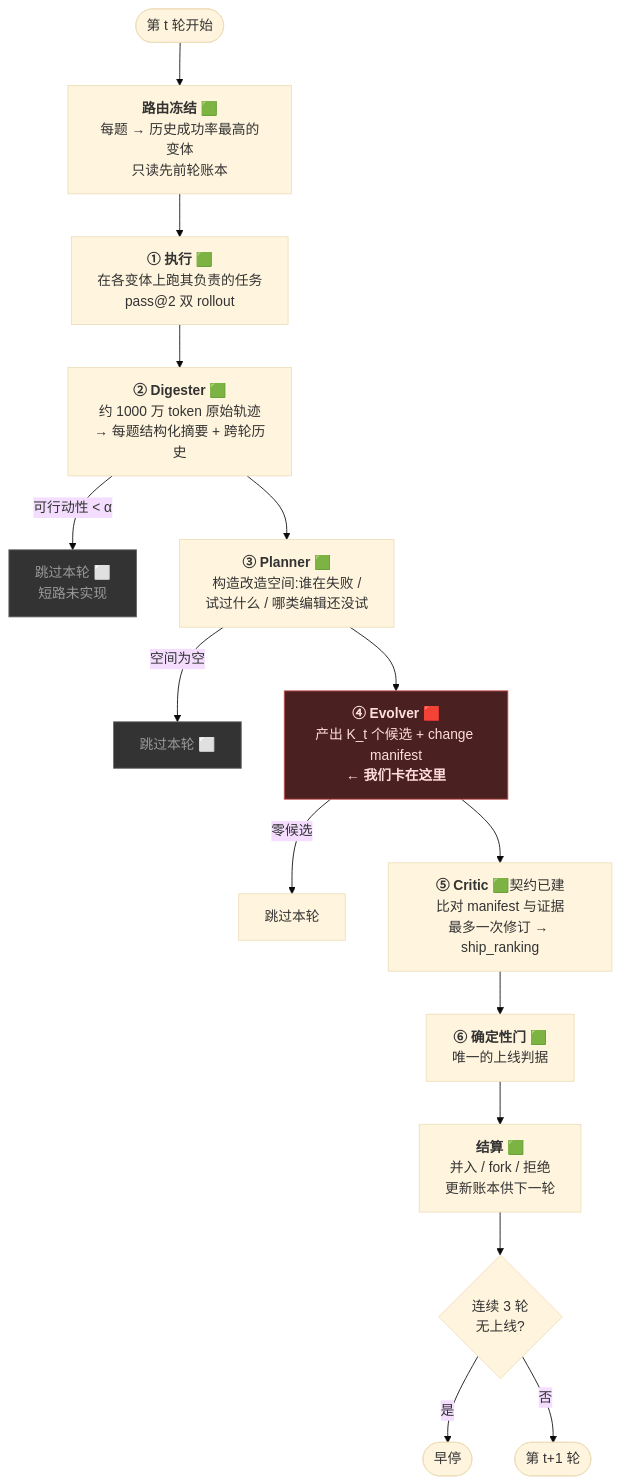
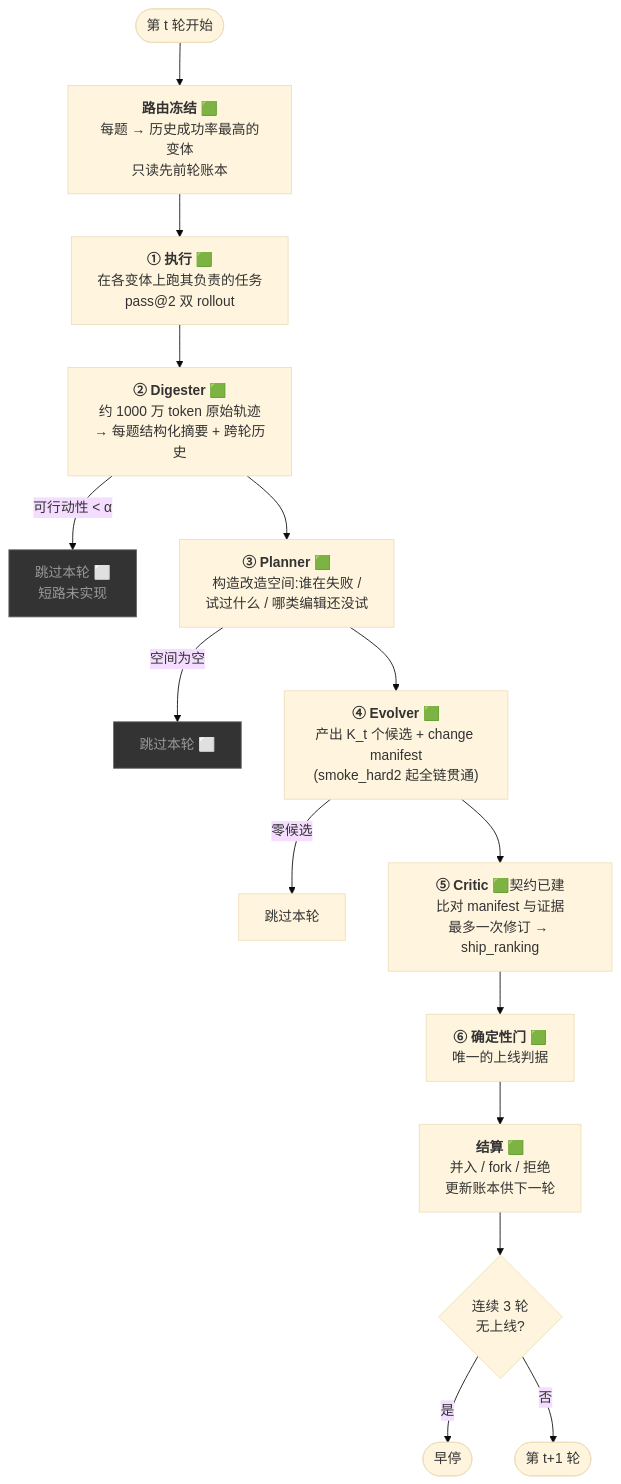
One commit to GaryGAO2003/HarnessX changed the first of 3 diagrams in experiments/docs/AEGIS-ARCHITECTURE.md. Above: the diagram before and after it, drawn with Mermaid (base theme). The commit also changed other lines of this file, not shown here.

First line of the commit message:
docs: smoke_hard2 milestone — candidate chain fully live, breakpoint moved to budget calibration

````diff
--- a/experiments/docs/AEGIS-ARCHITECTURE.md
+++ b/experiments/docs/AEGIS-ARCHITECTURE.md
@@ -10,37 +10,36 @@
 ```mermaid
 flowchart TB
     START(["第 t 轮开始"]) --> ROUTE
 
     ROUTE["<b>路由冻结</b> 🟩<br/>每题 → 历史成功率最高的变体<br/>只读先前轮账本"]
     ROUTE --> RUN
 
     RUN["<b>① 执行</b> 🟩<br/>在各变体上跑其负责的任务<br/>pass@2 双 rollout"]
     RUN --> DIG
 
     DIG["<b>② Digester</b> 🟩<br/>约 1000 万 token 原始轨迹<br/>→ 每题结构化摘要 + 跨轮历史"]
     DIG -->|"可行动性 &lt; α"| SKIP1["跳过本轮 ⬜<br/>短路未实现"]
     DIG --> PLAN
 
     PLAN["<b>③ Planner</b> 🟩<br/>构造改造空间:谁在失败 /<br/>试过什么 / 哪类编辑还没试"]
     PLAN -->|"空间为空"| SKIP2["跳过本轮 ⬜"]
     PLAN --> EVO
 
-    EVO["<b>④ Evolver</b> 🟥<br/>产出 K_t 个候选 + change manifest<br/><b>← 我们卡在这里</b>"]
+    EVO["<b>④ Evolver</b> 🟩<br/>产出 K_t 个候选 + change manifest<br/>(smoke_hard2 起全链贯通)"]
     EVO -->|"零候选"| SKIP3["跳过本轮"]
     EVO --> CRI
 
     CRI["<b>⑤ Critic</b> 🟩契约已建<br/>比对 manifest 与证据<br/>最多一次修订 → ship_ranking"]
     CRI --> GATE
 
     GATE["<b>⑥ 确定性门</b> 🟩<br/>唯一的上线判据"]
     GATE --> SETTLE
 
     SETTLE["<b>结算</b> 🟩<br/>并入 / fork / 拒绝<br/>更新账本供下一轮"]
     SETTLE --> IDLE{"连续 3 轮<br/>无上线?"}
     IDLE -->|是| STOP(["早停"])
     IDLE -->|否| NEXT(["第 t+1 轮"])
 
-    style EVO fill:#4a2020,stroke:#c55,color:#fdd
     style SKIP1 fill:#333,stroke:#666,color:#999
     style SKIP2 fill:#333,stroke:#666,color:#999
 ```
````
